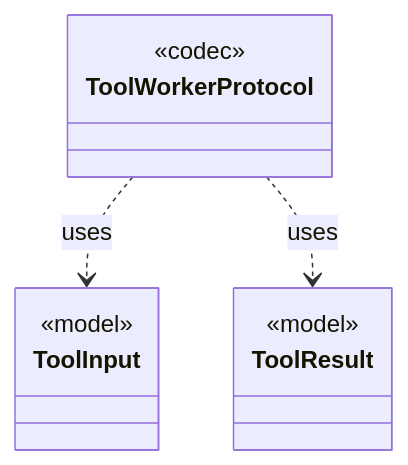
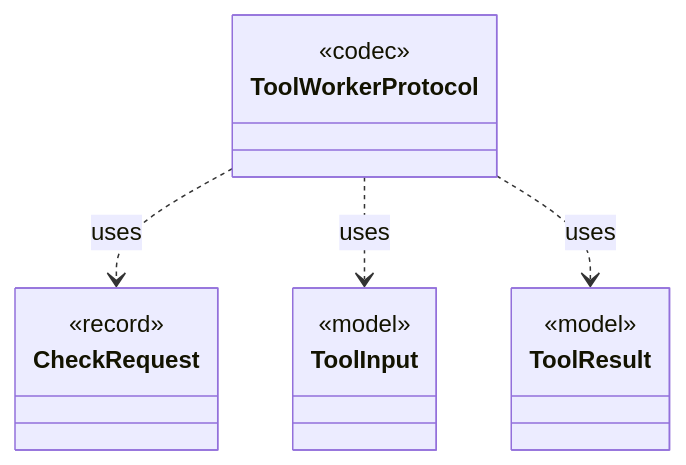
Before and after one commit to tlaplus/model-checker-hardening: the diagram in dev/types/io.github.tlaplus.hardening.workflow.worker.ToolWorkerProtocol.md, drawn with Mermaid. The commit also changed other lines of this file and 405 other files, not shown here.

````diff
--- a/dev/types/io.github.tlaplus.hardening.workflow.worker.ToolWorkerProtocol.md
+++ b/dev/types/io.github.tlaplus.hardening.workflow.worker.ToolWorkerProtocol.md
@@ -7,14 +7,18 @@
 ```mermaid
 classDiagram
   class ToolWorkerProtocol {
     <<codec>>
+  }
+  class CheckRequest {
+    <<record>>
   }
   class ToolInput {
     <<model>>
   }
   class ToolResult {
     <<model>>
   }
+  ToolWorkerProtocol ..> CheckRequest : uses
   ToolWorkerProtocol ..> ToolInput : uses
   ToolWorkerProtocol ..> ToolResult : uses
 ```
````
